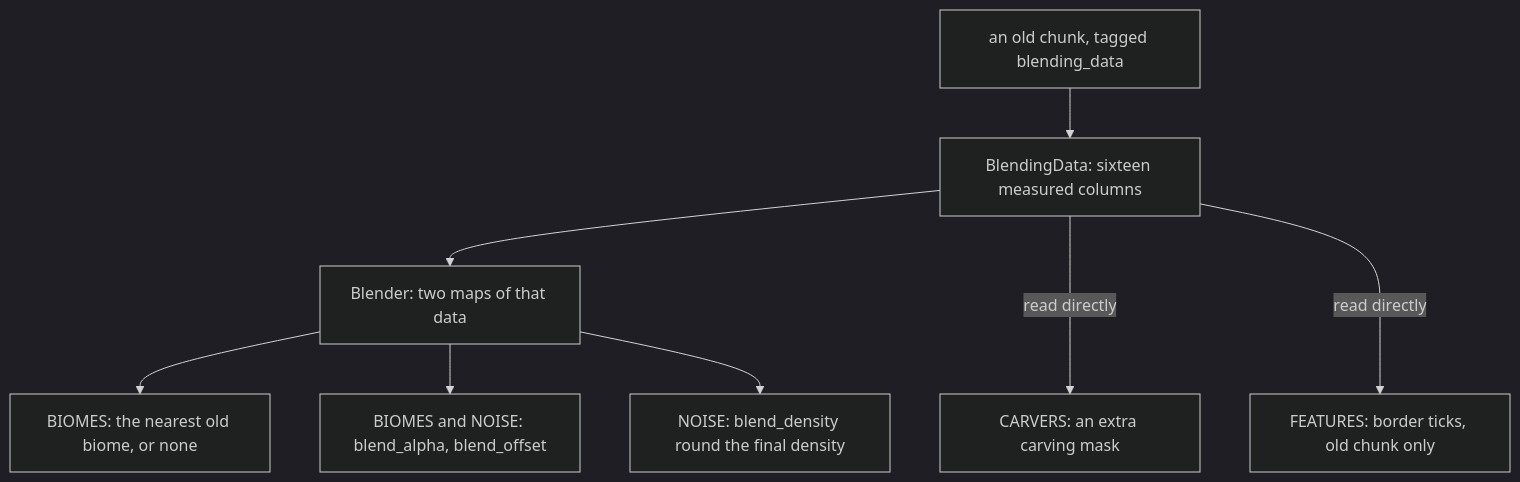
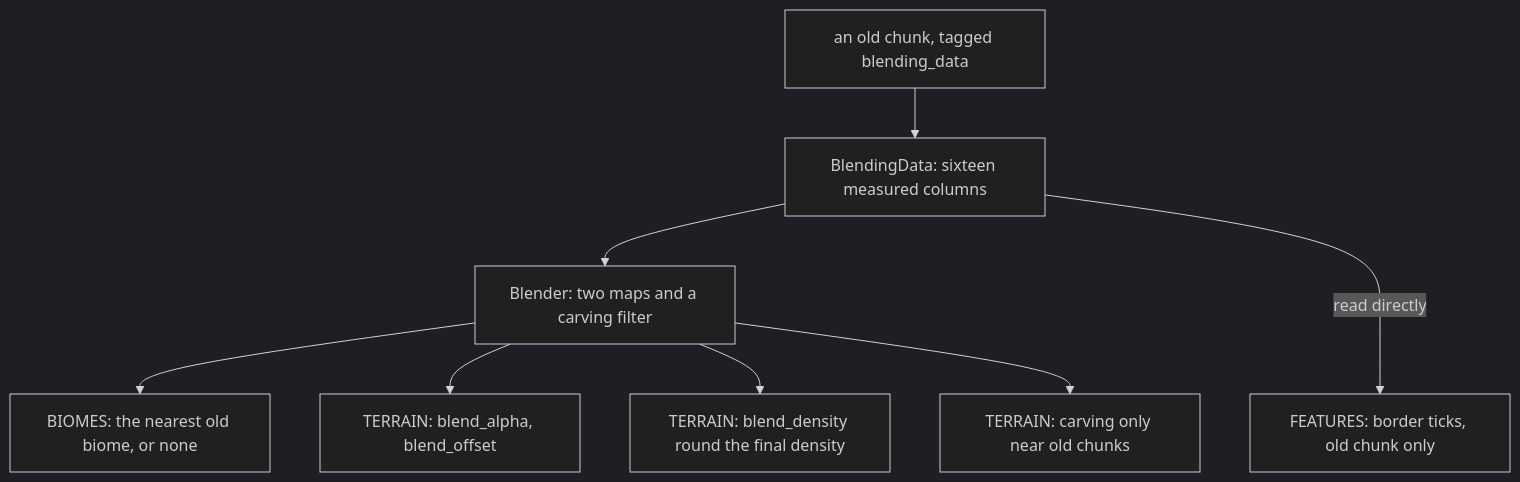
One commit to AlexanderjFraser/MinecraftDocs changed the first of 2 diagrams in src/systems/worldgen/blending.md. Above: the diagram before and after it, drawn with Mermaid (dark theme). The commit also changed other lines of this file and 68 other files, not shown here.

````diff
--- a/src/systems/worldgen/blending.md
+++ b/src/systems/worldgen/blending.md
@@ -87,10 +86,10 @@
 ```mermaid
 flowchart TD
     OLD["an old chunk, tagged blending_data"] --> BD["BlendingData: sixteen measured columns"]
-    BD --> B["Blender: two maps of that data"]
+    BD --> B["Blender: two maps and a carving filter"]
     B --> R1["BIOMES: the nearest old biome, or none"]
-    B --> R2["BIOMES and NOISE: blend_alpha, blend_offset"]
-    B --> R3["NOISE: blend_density round the final density"]
-    BD --->|"read directly"| R4["CARVERS: an extra carving mask"]
+    B --> R2["TERRAIN: blend_alpha, blend_offset"]
+    B --> R3["TERRAIN: blend_density round the final density"]
+    B --> R4["TERRAIN: carving only near old chunks"]
     BD --->|"read directly"| R5["FEATURES: border ticks, old chunk only"]
 ```
````
